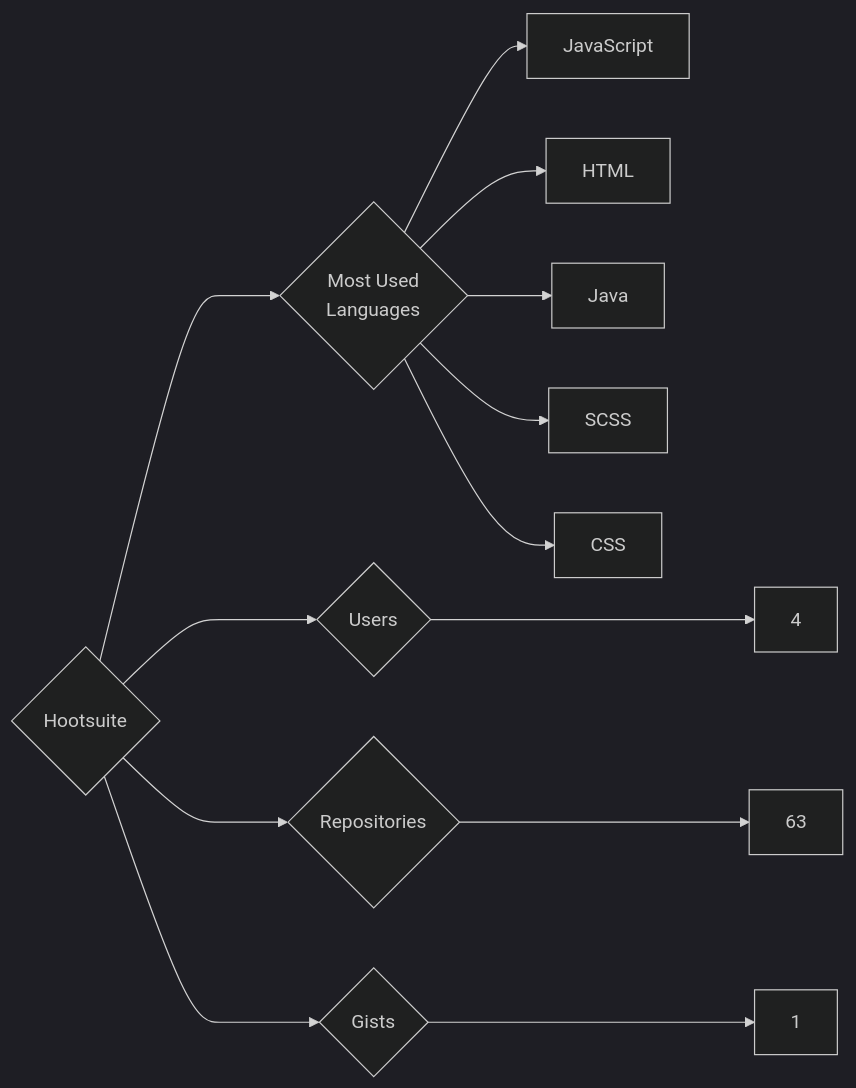
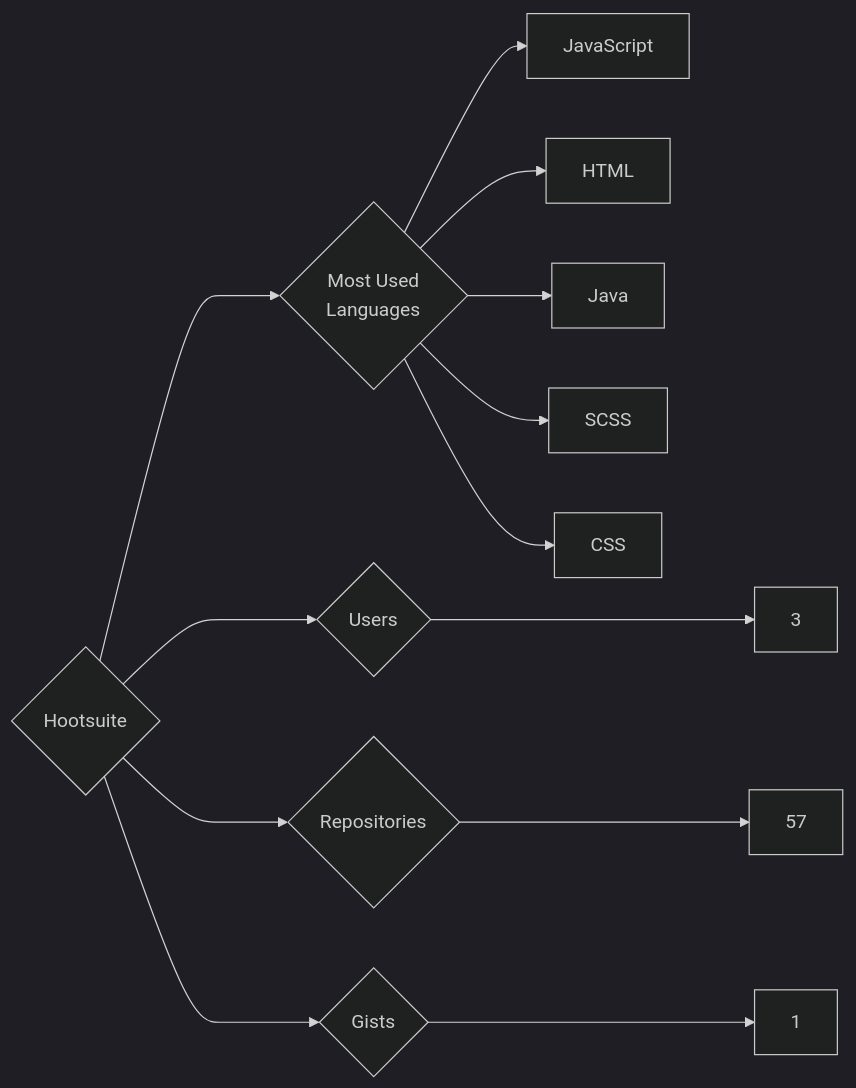
The diagram in targets/Hootsuite/README.md (trickest/insiders), drawn with Mermaid (dark theme) before and after one commit. The commit also changed 1055 other files, not shown here.

````diff
--- a/targets/Hootsuite/README.md
+++ b/targets/Hootsuite/README.md
@@ -3,13 +3,13 @@
 ```mermaid
 graph LR
 COMPANY_NAME{Hootsuite}
-COMPANY_NAME ---> U{Users} ---> UN[4]
-COMPANY_NAME ---> R{Repositories} ---> RN[63]
+COMPANY_NAME ---> U{Users} ---> UN[3]
+COMPANY_NAME ---> R{Repositories} ---> RN[57]
 COMPANY_NAME ---> G{Gists} ---> GN[1]
 COMPANY_NAME ---> ML{Most Used<br>Languages}
 ML --> JavaScript[JavaScript]
 ML --> HTML[HTML]
 ML --> Java[Java]
 ML --> SCSS[SCSS]
 ML --> CSS[CSS]
 ```
````
